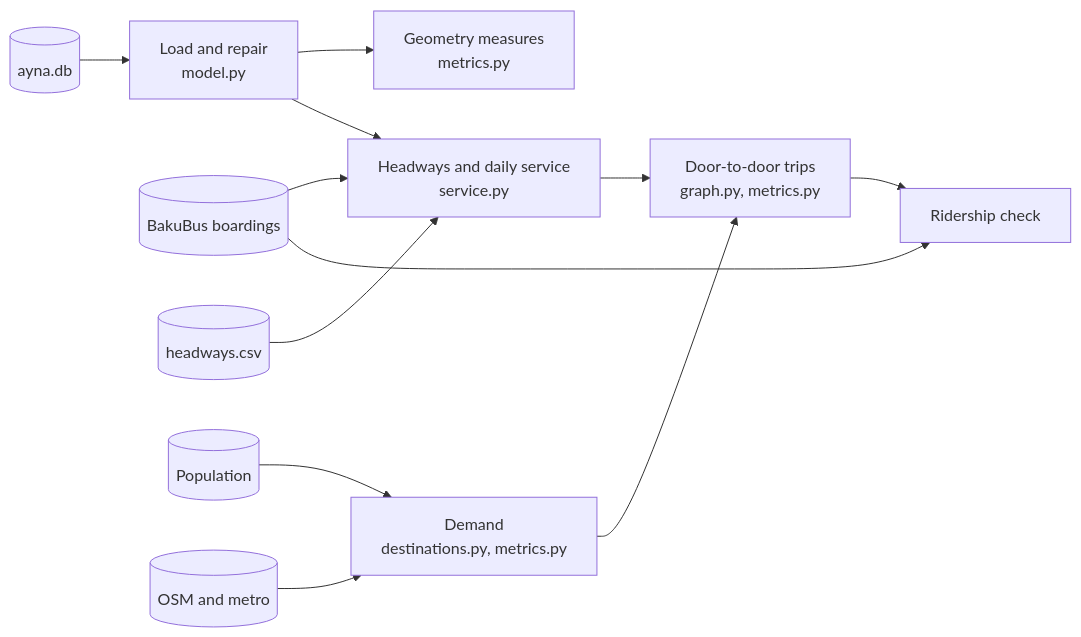
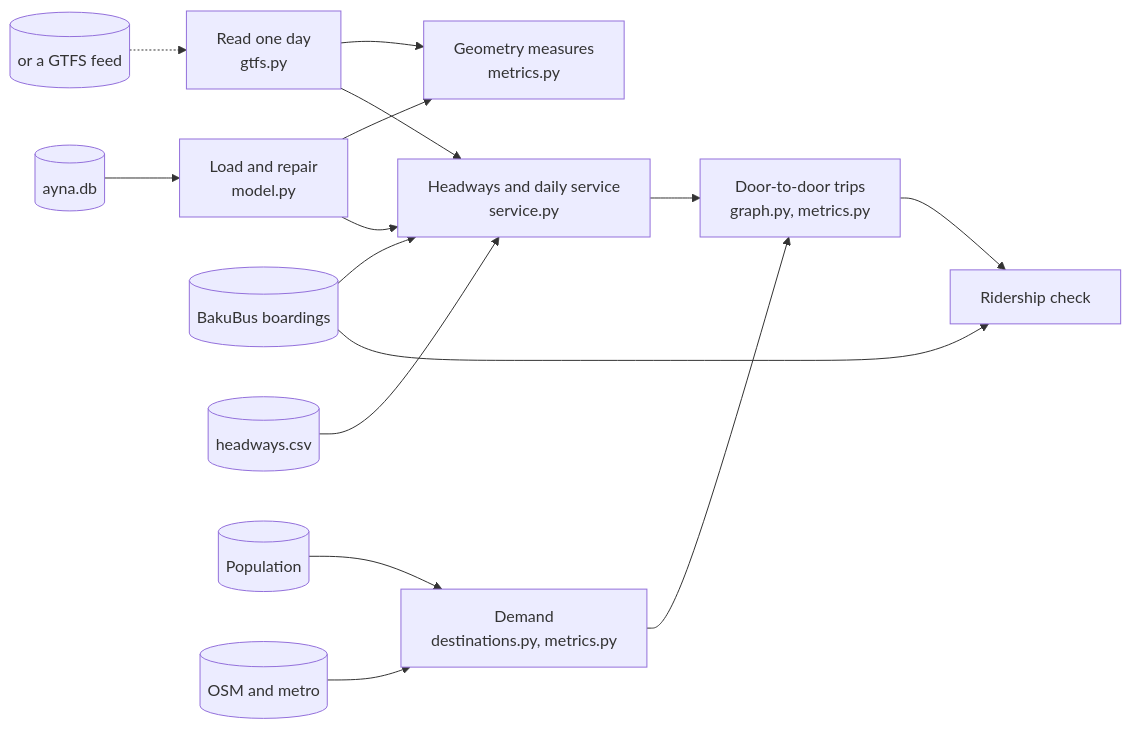
One commit to ismatsamadov/line changed the diagram in docs/methodology.md. Above: the diagram before and after it, drawn with Mermaid. The commit also changed other lines of this file and 10 other files, not shown here.

Commit message:
Document running another city from its GTFS feed, and what a redesign is worth

````diff
--- a/docs/methodology.md
+++ b/docs/methodology.md
@@ -6,14 +6,17 @@
 ```mermaid
 flowchart LR
   db[(ayna.db)] --> repair[Load and repair<br/>model.py]
+  feed[(or a GTFS feed)] -.-> rg[Read one day<br/>gtfs.py]
+  rg --> geo
+  rg --> svc
   repair --> geo[Geometry measures<br/>metrics.py]
   repair --> svc[Headways and daily service<br/>service.py]
   rid[(BakuBus boardings)] --> svc
   hw[(headways.csv)] --> svc
   pop[(Population)] --> dem[Demand<br/>destinations.py, metrics.py]
   osm[(OSM and metro)] --> dem
   svc --> j[Door-to-door trips<br/>graph.py, metrics.py]
   dem --> j
   j --> check[Ridership check]
   rid --> check
 ```
````
